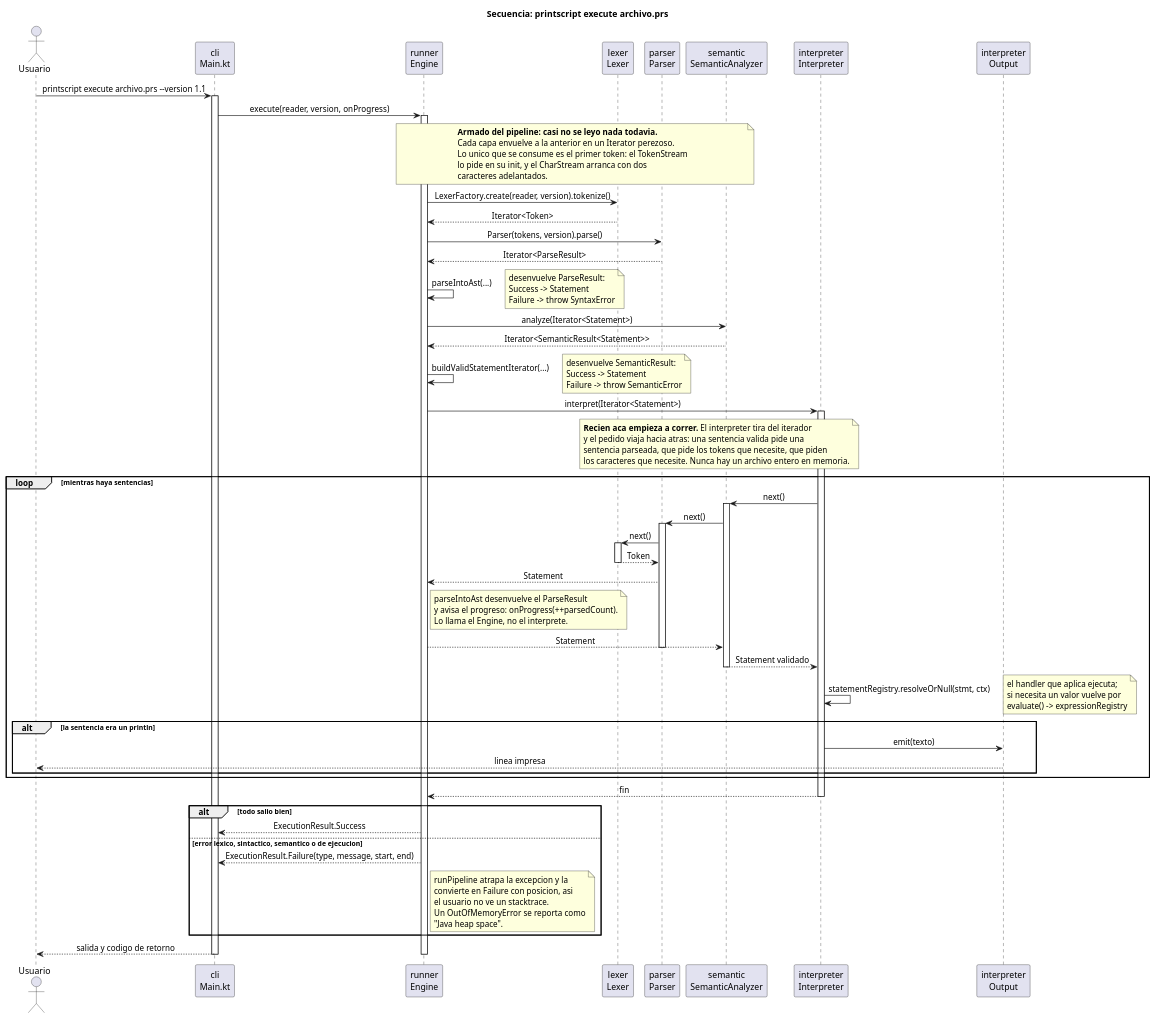
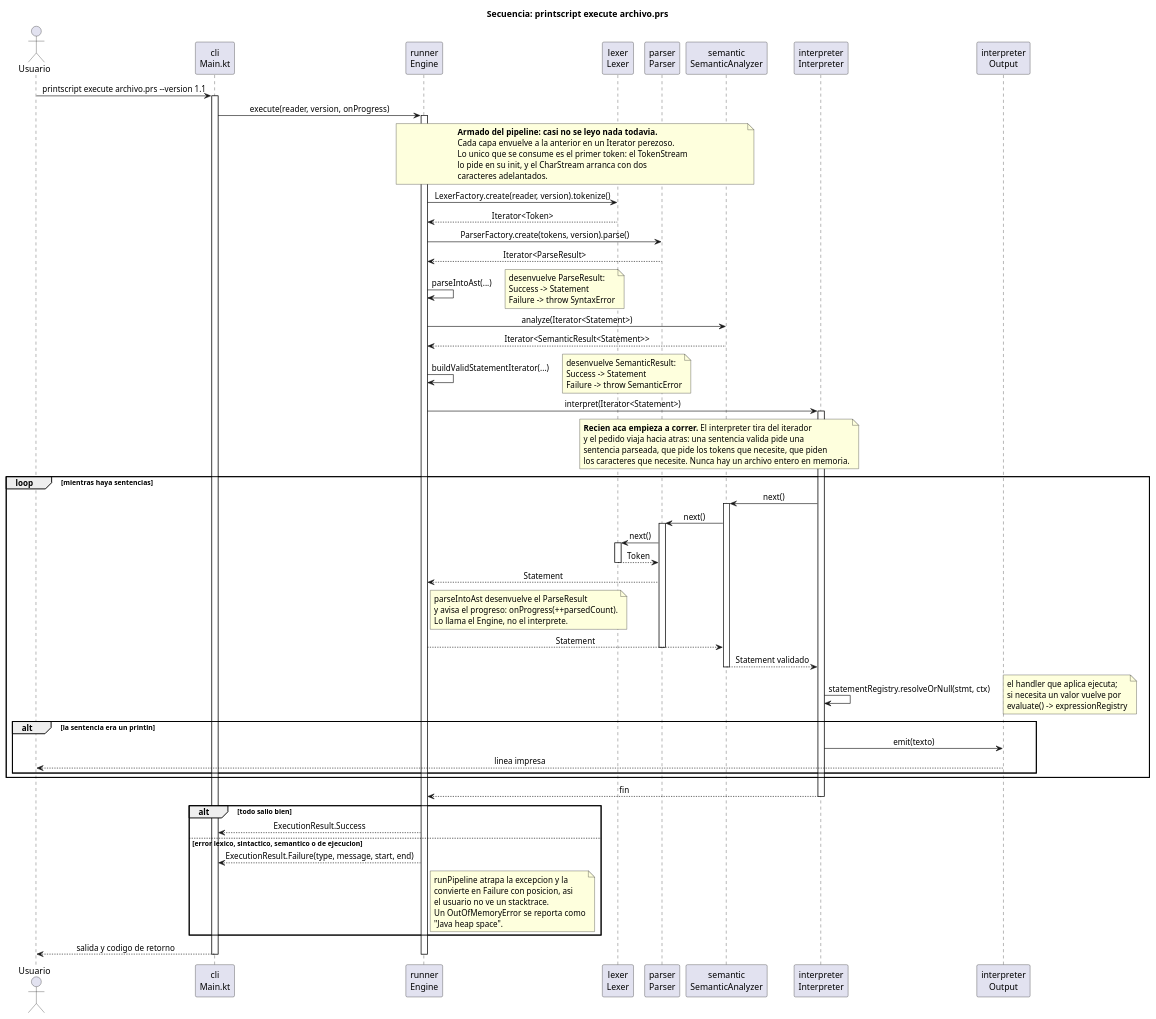
The diagram in docs/secuencia-ejecucion.puml (Ingsis-printscript-grupo3/printscript), drawn with PlantUML before and after one commit.

Commit message:
docs: la secuencia crea el parser por su fabrica

```diff
--- a/docs/secuencia-ejecucion.puml
+++ b/docs/secuencia-ejecucion.puml
@@ -1,104 +1,104 @@
 @startuml PrintScript_Secuencia_Ejecucion
 
 title Secuencia: printscript execute archivo.prs
 
 skinparam sequenceMessageAlign center
 
 actor Usuario
 participant "cli\nMain.kt" as CLI
 participant "runner\nEngine" as ENGINE
 participant "lexer\nLexer" as LEXER
 participant "parser\nParser" as PARSER
 participant "semantic\nSemanticAnalyzer" as SEMANTIC
 participant "interpreter\nInterpreter" as INTERPRETER
 participant "interpreter\nOutput" as OUTPUT
 
 Usuario -> CLI : printscript execute archivo.prs --version 1.1
 activate CLI
 
 CLI -> ENGINE : execute(reader, version, onProgress)
 activate ENGINE
 
 note over ENGINE, SEMANTIC
   <b>Armado del pipeline: casi no se leyo nada todavia.</b>
   Cada capa envuelve a la anterior en un Iterator perezoso.
   Lo unico que se consume es el primer token: el TokenStream
   lo pide en su init, y el CharStream arranca con dos
   caracteres adelantados.
 end note
 
 ENGINE -> LEXER : LexerFactory.create(reader, version).tokenize()
 LEXER --> ENGINE : Iterator<Token>
 
-ENGINE -> PARSER : Parser(tokens, version).parse()
+ENGINE -> PARSER : ParserFactory.create(tokens, version).parse()
 PARSER --> ENGINE : Iterator<ParseResult>
 
 ENGINE -> ENGINE : parseIntoAst(...)
 note right: desenvuelve ParseResult:\nSuccess -> Statement\nFailure -> throw SyntaxError
 
 ENGINE -> SEMANTIC : analyze(Iterator<Statement>)
 SEMANTIC --> ENGINE : Iterator<SemanticResult<Statement>>
 
 ENGINE -> ENGINE : buildValidStatementIterator(...)
 note right: desenvuelve SemanticResult:\nSuccess -> Statement\nFailure -> throw SemanticError
 
 ENGINE -> INTERPRETER : interpret(Iterator<Statement>)
 activate INTERPRETER
 
 note over LEXER, INTERPRETER
   <b>Recien aca empieza a correr.</b> El interpreter tira del iterador
   y el pedido viaja hacia atras: una sentencia valida pide una
   sentencia parseada, que pide los tokens que necesite, que piden
   los caracteres que necesite. Nunca hay un archivo entero en memoria.
 end note
 
 loop mientras haya sentencias
   INTERPRETER -> SEMANTIC : next()
   activate SEMANTIC
   SEMANTIC -> PARSER : next()
   activate PARSER
   PARSER -> LEXER : next()
   activate LEXER
   LEXER --> PARSER : Token
   deactivate LEXER
   PARSER --> ENGINE : Statement
   note right of ENGINE
     parseIntoAst desenvuelve el ParseResult
     y avisa el progreso: onProgress(++parsedCount).
     Lo llama el Engine, no el interprete.
   end note
   ENGINE --> SEMANTIC : Statement
   deactivate PARSER
   SEMANTIC --> INTERPRETER : Statement validado
   deactivate SEMANTIC
 
   INTERPRETER -> INTERPRETER : statementRegistry.resolveOrNull(stmt, ctx)
   note right: el handler que aplica ejecuta;\nsi necesita un valor vuelve por\nevaluate() -> expressionRegistry
 
   alt la sentencia era un println
     INTERPRETER -> OUTPUT : emit(texto)
     OUTPUT --> Usuario : linea impresa
   end
 end
 
 INTERPRETER --> ENGINE : fin
 deactivate INTERPRETER
 
 alt todo salio bien
   ENGINE --> CLI : ExecutionResult.Success
 else error lexico, sintactico, semantico o de ejecucion
   ENGINE --> CLI : ExecutionResult.Failure(type, message, start, end)
   note right of ENGINE
     runPipeline atrapa la excepcion y la
     convierte en Failure con posicion, asi
     el usuario no ve un stacktrace.
     Un OutOfMemoryError se reporta como
     "Java heap space".
   end note
 end
 
 CLI --> Usuario : salida y codigo de retorno
 deactivate ENGINE
 deactivate CLI
 
 @enduml
```
